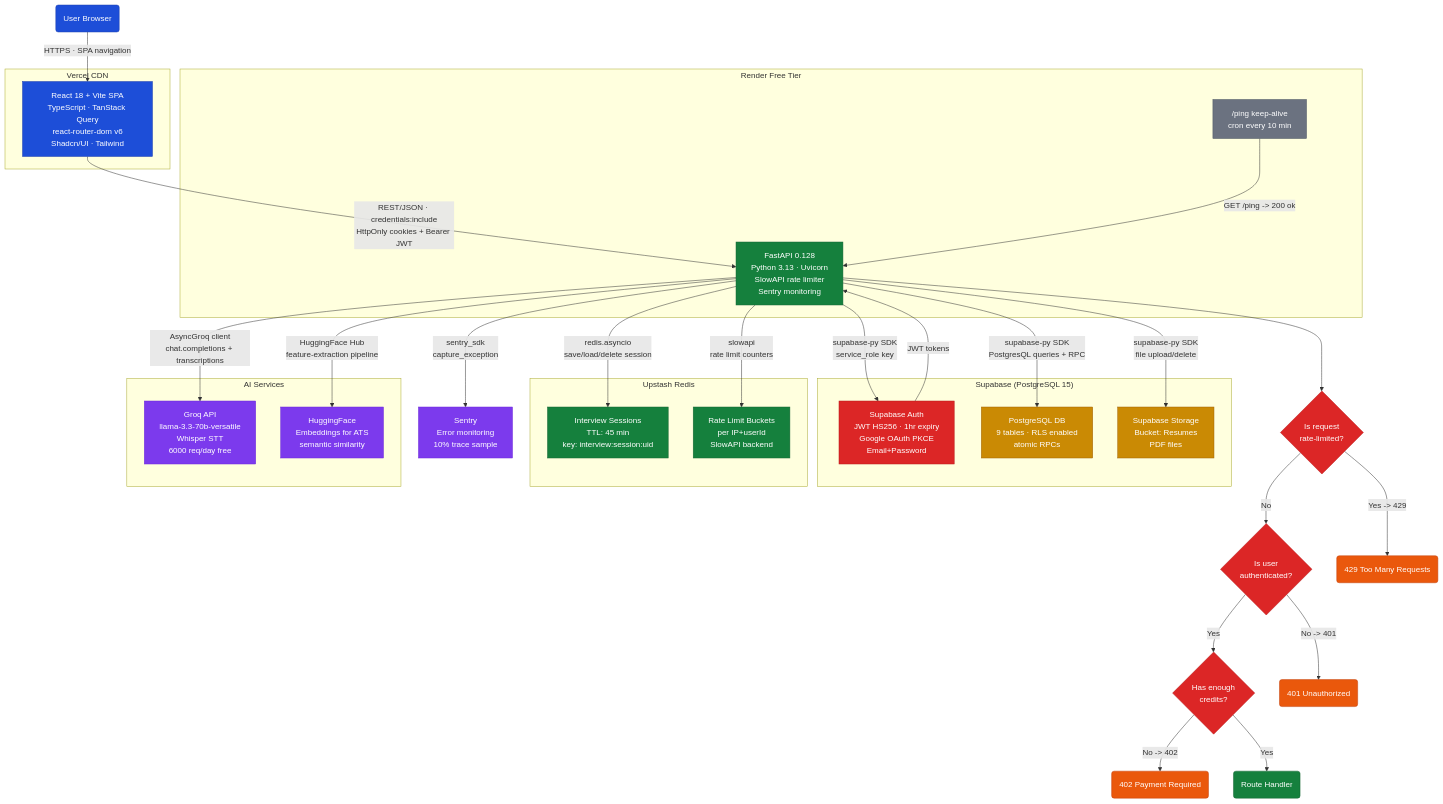
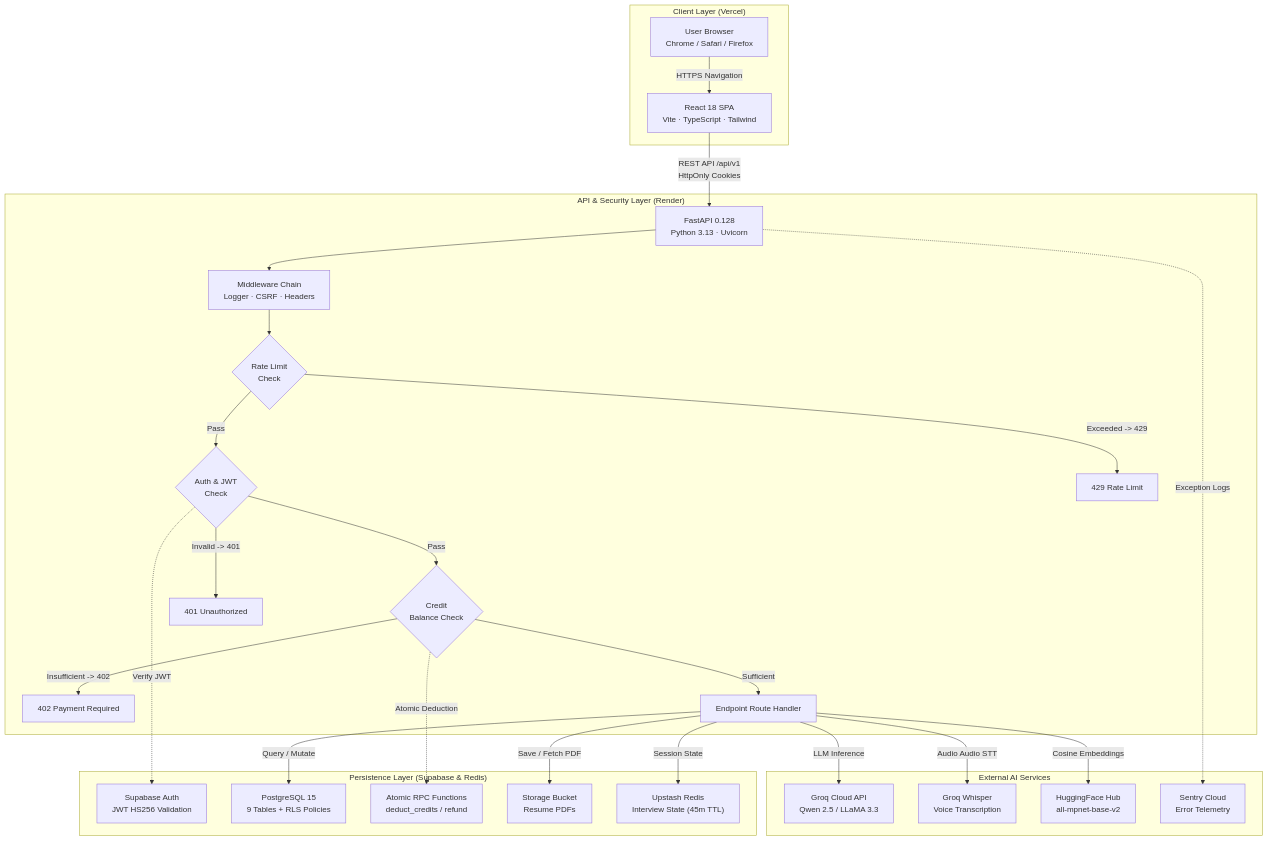
The diagram in docs/architecture/flowcharts/diagram_01_system_overview.md (dhrv9023/prsnl), drawn with Mermaid before and after one commit. The commit also changed other lines of this file and 20 other files, not shown here.

First line of the commit message:
docs(architecture): enhance flowcharts with visual schematics and synchronize docs with latest codebase

````diff
--- a/docs/architecture/flowcharts/diagram_01_system_overview.md
+++ b/docs/architecture/flowcharts/diagram_01_system_overview.md
@@ -7,71 +55,50 @@
 ```mermaid
-graph TD
-    classDef frontend fill:#1d4ed8,color:#fff,stroke:#1e40af
-    classDef backend fill:#15803d,color:#fff,stroke:#166534
-    classDef db fill:#ca8a04,color:#fff,stroke:#a16207
-    classDef auth fill:#dc2626,color:#fff,stroke:#b91c1c
-    classDef error fill:#ea580c,color:#fff,stroke:#c2410c
-    classDef external fill:#7c3aed,color:#fff,stroke:#6d28d9
-    classDef config fill:#6b7280,color:#fff,stroke:#4b5563
-
-    Browser(" User Browser")
-
-    subgraph VERCEL[" Vercel CDN"]
-        FE["React 18 + Vite SPA<br/>TypeScript · TanStack Query<br/>react-router-dom v6<br/>Shadcn/UI · Tailwind"]
+flowchart TD
+    subgraph CLIENT["Client Layer (Vercel)"]
+        Browser["User Browser<br/>Chrome / Safari / Firefox"]
+        FE["React 18 SPA<br/>Vite · TypeScript · Tailwind"]
+        Browser -->|HTTPS Navigation| FE
     end
 
-    subgraph RENDER[" Render Free Tier"]
-        BE["FastAPI 0.128<br/>Python 3.13 · Uvicorn<br/>SlowAPI rate limiter<br/>Sentry monitoring"]
-        PING["/ping keep-alive<br/>cron every 10 min"]
+    subgraph API_GATEWAY["API & Security Layer (Render)"]
+        BE["FastAPI 0.128<br/>Python 3.13 · Uvicorn"]
+        MW["Middleware Chain<br/>Logger · CSRF · Headers"]
+        RL{"Rate Limit<br/>Check"}
+        AC{"Auth & JWT<br/>Check"}
+        CC{"Credit<br/>Balance Check"}
+        
+        FE -->|REST API /api/v1<br/>HttpOnly Cookies| BE
+        BE --> MW --> RL
+        RL -->|Exceeded -> 429| ERR429["429 Rate Limit"]
+        RL -->|Pass| AC
+        AC -->|Invalid -> 401| ERR401["401 Unauthorized"]
+        AC -->|Pass| CC
+        CC -->|Insufficient -> 402| ERR402["402 Payment Required"]
+        CC -->|Sufficient| HANDLER["Endpoint Route Handler"]
     end
 
-    subgraph SUPABASE[" Supabase (PostgreSQL 15)"]
-        AUTH["Supabase Auth<br/>JWT HS256 · 1hr expiry<br/>Google OAuth PKCE<br/>Email+Password"]
-        DB["PostgreSQL DB<br/>9 tables · RLS enabled<br/>atomic RPCs"]
-        STORE["Supabase Storage<br/>Bucket: Resumes<br/>PDF files"]
+    subgraph PERSISTENCE["Persistence Layer (Supabase & Redis)"]
+        SUPA_AUTH["Supabase Auth<br/>JWT HS256 Validation"]
+        SUPA_DB["PostgreSQL 15<br/>9 Tables + RLS Policies"]
+        SUPA_RPC["Atomic RPC Functions<br/>deduct_credits / refund"]
+        SUPA_STORE["Storage Bucket<br/>Resume PDFs"]
+        REDIS["Upstash Redis<br/>Interview State (45m TTL)"]
     end
 
-    subgraph REDIS[" Upstash Redis"]
-        SESS["Interview Sessions<br/>TTL: 45 min<br/>key: interview:session:uid"]
-        RATELIM["Rate Limit Buckets<br/>per IP+userId<br/>SlowAPI backend"]
+    subgraph AI_SERVICES["External AI Services"]
+        GROQ_LLM["Groq Cloud API<br/>Qwen 2.5 / LLaMA 3.3"]
+        GROQ_WHISPER["Groq Whisper<br/>Voice Transcription"]
+        HF_EMBED["HuggingFace Hub<br/>all-mpnet-base-v2"]
+        SENTRY["Sentry Cloud<br/>Error Telemetry"]
     end
 
-    subgraph AI[" AI Services"]
-        GROQ["Groq API<br/>llama-3.3-70b-versatile<br/>Whisper STT<br/>6000 req/day free"]
-        HF["HuggingFace<br/>Embeddings for ATS<br/>semantic similarity"]
-    end
-
-    SENTRY["Sentry<br/>Error monitoring<br/>10% trace sample"]
-
-    Browser -->|HTTPS · SPA navigation| FE
-    FE -->|REST/JSON · credentials:include<br/>HttpOnly cookies + Bearer JWT| BE
-    BE -->|supabase-py SDK<br/>service_role key| AUTH
-    BE -->|supabase-py SDK<br/>PostgresQL queries + RPC| DB
-    BE -->|supabase-py SDK<br/>file upload/delete| STORE
-    BE -->|redis.asyncio<br/>save/load/delete session| SESS
-    BE -->|slowapi<br/>rate limit counters| RATELIM
-    BE -->|AsyncGroq client<br/>chat.completions + transcriptions| GROQ
-    BE -->|HuggingFace Hub<br/>feature-extraction pipeline| HF
-    BE -->|sentry_sdk<br/>capture_exception| SENTRY
-    AUTH -->|JWT tokens| BE
-    PING -->|GET /ping -> 200 ok| BE
-
-    RateLimit{Is request<br/>rate-limited?}
-    AuthCheck{Is user<br/>authenticated?}
-    CreditCheck{Has enough<br/>credits?}
-
-    BE --> RateLimit
-    RateLimit -->|Yes -> 429| ERR429("429 Too Many Requests")
-    RateLimit -->|No| AuthCheck
-    AuthCheck -->|No -> 401| ERR401("401 Unauthorized")
-    AuthCheck -->|Yes| CreditCheck
-    CreditCheck -->|No -> 402| ERR402("402 Payment Required")
-    CreditCheck -->|Yes| Handler("Route Handler")
-    class Browser,FE frontend;
-    class RATELIM,BE,Handler,SESS backend;
-    class PING config;
-    class CreditCheck,AUTH,RateLimit,AuthCheck auth;
-    class STORE,DB db;
-    class GROQ,HF,SENTRY external;
-    class ERR402,ERR401,ERR429 error;
+    AC -.->|Verify JWT| SUPA_AUTH
+    CC -.->|Atomic Deduction| SUPA_RPC
+    HANDLER -->|Query / Mutate| SUPA_DB
+    HANDLER -->|Save / Fetch PDF| SUPA_STORE
+    HANDLER -->|Session State| REDIS
+    HANDLER -->|LLM Inference| GROQ_LLM
+    HANDLER -->|Audio Audio STT| GROQ_WHISPER
+    HANDLER -->|Cosine Embeddings| HF_EMBED
+    BE -.->|Exception Logs| SENTRY
 ```
````
